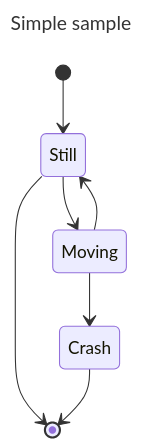
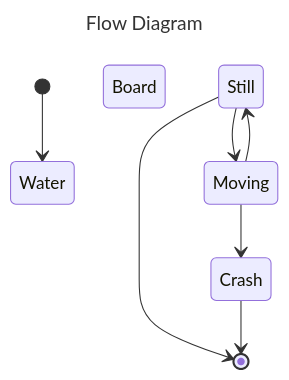
The diagram in README.md (Pablov81/Agrotopia), drawn with Mermaid before and after one commit. The commit also changed other lines of this file, not shown here.

````diff
--- a/README.md
+++ b/README.md
@@ -65,13 +45,13 @@
 ```mermaid
 ---
-title: Simple sample
+title: Flow Diagram
 ---
 stateDiagram-v2
-    [*] --> Still
+    [*] --> Water Board
     Still --> [*]
 
     Still --> Moving
     Moving --> Still
     Moving --> Crash
     Crash --> [*]
 ```
````
